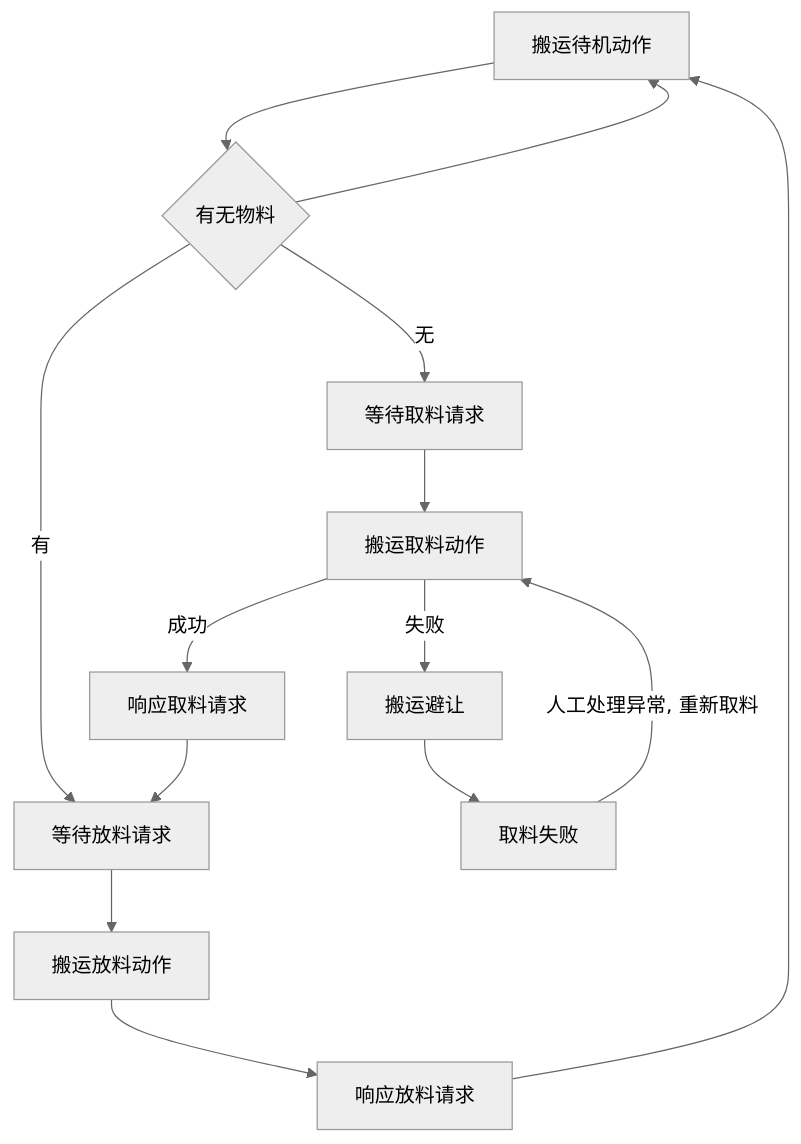
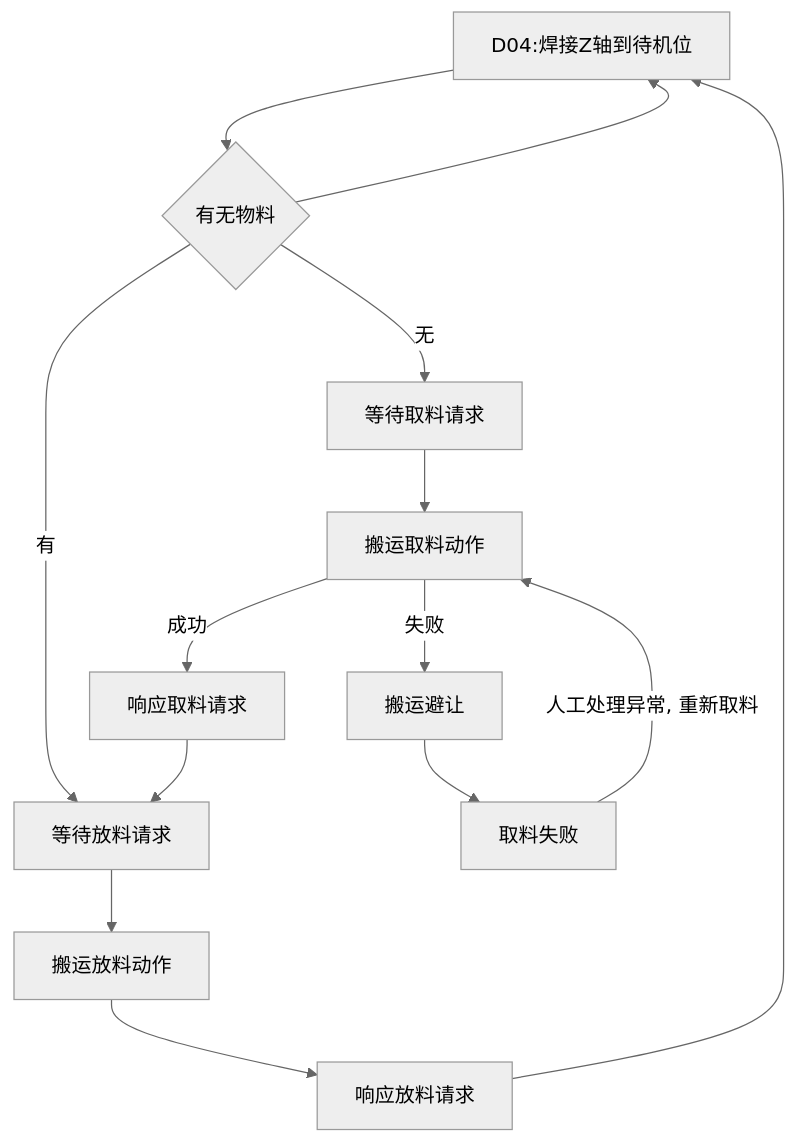
One commit to PengKun1/iodraw-files changed the diagram in all/OP10焊接工位自动流程.md. Above: the diagram before and after it, drawn with Mermaid (neutral theme).

Commit message:
2024-08-06 16:52:50 update

````diff
--- a/all/OP10焊接工位自动流程.md
+++ b/all/OP10焊接工位自动流程.md
@@ -1,19 +1,19 @@
 ```mermaid
 graph TD
-10[搬运待机动作]-->20
+10[D04:焊接Z轴到待机位]-->20
 20[D01:焊接X轴到待机位]-->10
 
 20{有无物料}-->|无|30
 20-->|有|60
 30[等待取料请求]-->40
 40[搬运取料动作]-->|成功|50
 40-->|失败|90
 50[响应取料请求]-->60
 60[等待放料请求]-->70
 70[搬运放料动作]-->80
 80[响应放料请求]-->10
 
 90[搬运避让]-->900
 
 900[取料失败]-->|人工处理异常, 重新取料|40
 ```
````
